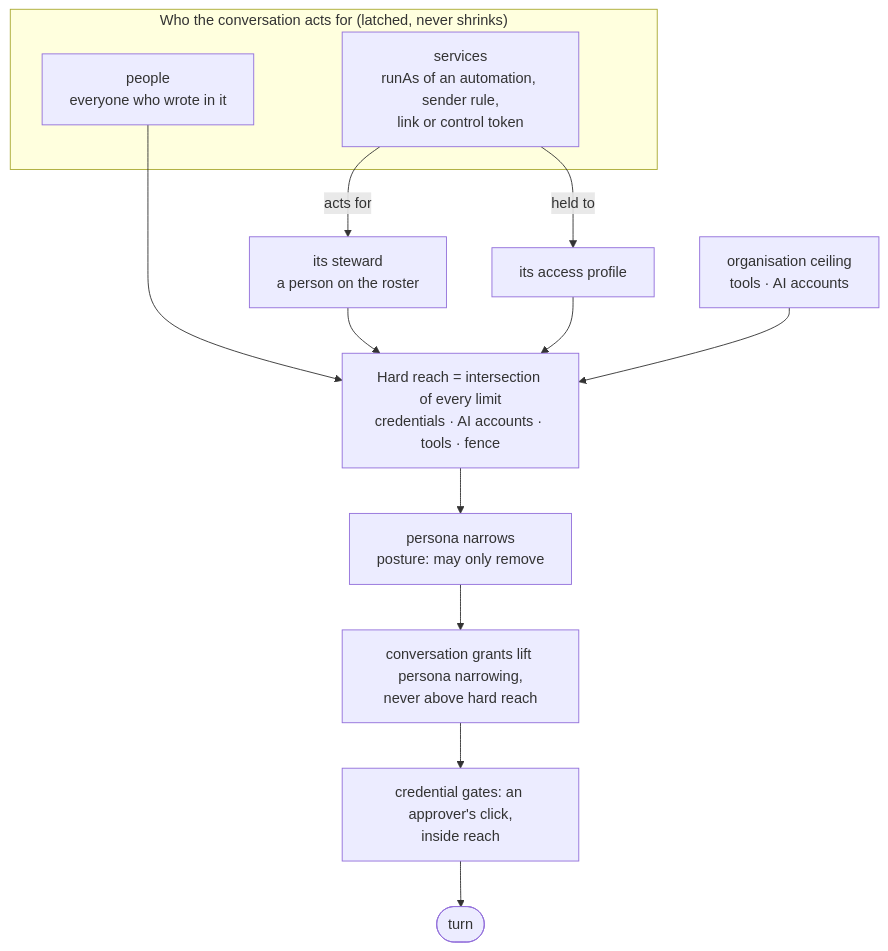
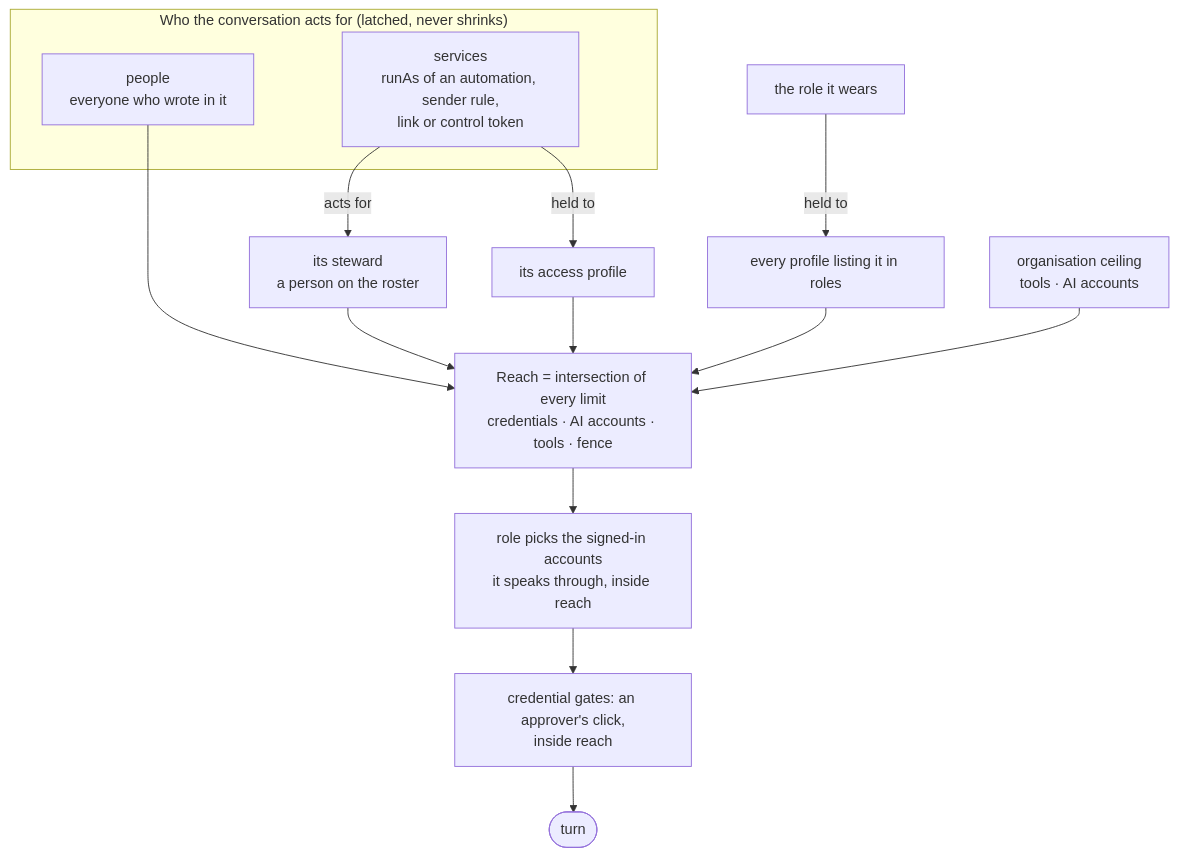
The diagram in docs/architecture/access.md (intentic/intentic), drawn with Mermaid before and after one commit. The commit also changed other lines of this file and 1059 other files, not shown here.

First line of the commit message:
refactor(system): rename persona to role throughout codebase

````diff
--- a/docs/architecture/access.md
+++ b/docs/architecture/access.md
@@ -5,18 +5,19 @@
 ```mermaid
 flowchart TB
     subgraph chain["Who the conversation acts for (latched, never shrinks)"]
         people["people<br/>everyone who wrote in it"]
         services["services<br/>runAs of an automation, sender rule,<br/>link or control token"]
     end
     services -->|"acts for"| steward["its steward<br/>a person on the roster"]
     people --> hard
     steward --> hard
     services -->|"held to"| profile["its access profile"]
     profile --> hard
+    role["the role it wears"] -->|"held to"| roleProfile["every profile listing it in roles"]
+    roleProfile --> hard
     org["organisation ceiling<br/>tools · AI accounts"] --> hard
-    hard["Hard reach = intersection of every limit<br/>credentials · AI accounts · tools · fence"]
-    hard --> persona["persona narrows<br/>posture: may only remove"]
-    persona --> grants["conversation grants lift persona narrowing,<br/>never above hard reach"]
-    grants --> gates["credential gates: an approver's click,<br/>inside reach"]
+    hard["Reach = intersection of every limit<br/>credentials · AI accounts · tools · fence"]
+    hard --> accounts["role picks the signed-in accounts<br/>it speaks through, inside reach"]
+    accounts --> gates["credential gates: an approver's click,<br/>inside reach"]
     gates --> turn(["turn"])
 ```
````
